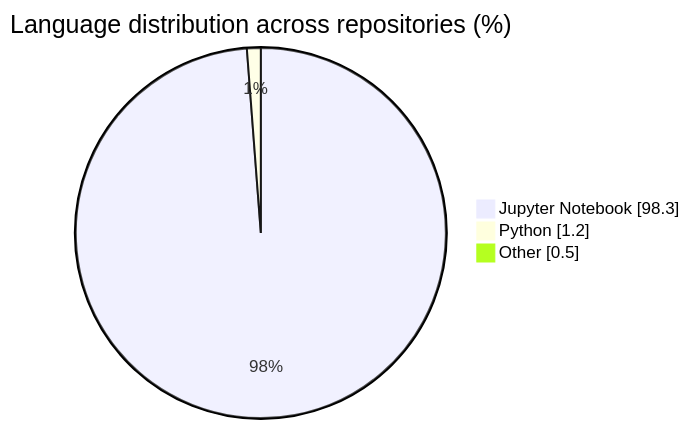
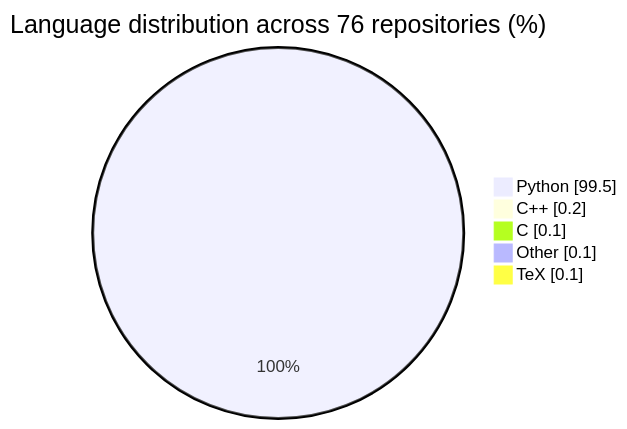
The diagram in README.md (pymlex/pymlex), drawn with Mermaid before and after one commit. The commit also changed 1 other file, not shown here.

Commit message:
Fix language chart by aggregating all repos and mapping notebooks to Python.

````diff
--- a/README.md
+++ b/README.md
@@ -3,7 +3,9 @@
 ```mermaid
 pie showData
-    title Language distribution across repositories (%)
-    "Jupyter Notebook" : 98.3
-    "Python" : 1.2
-    "Other" : 0.5
+    title Language distribution across 76 repositories (%)
+    "Python" : 99.5
+    "C++" : 0.2
+    "C" : 0.1
+    "Other" : 0.1
+    "TeX" : 0.1
 ```
````
